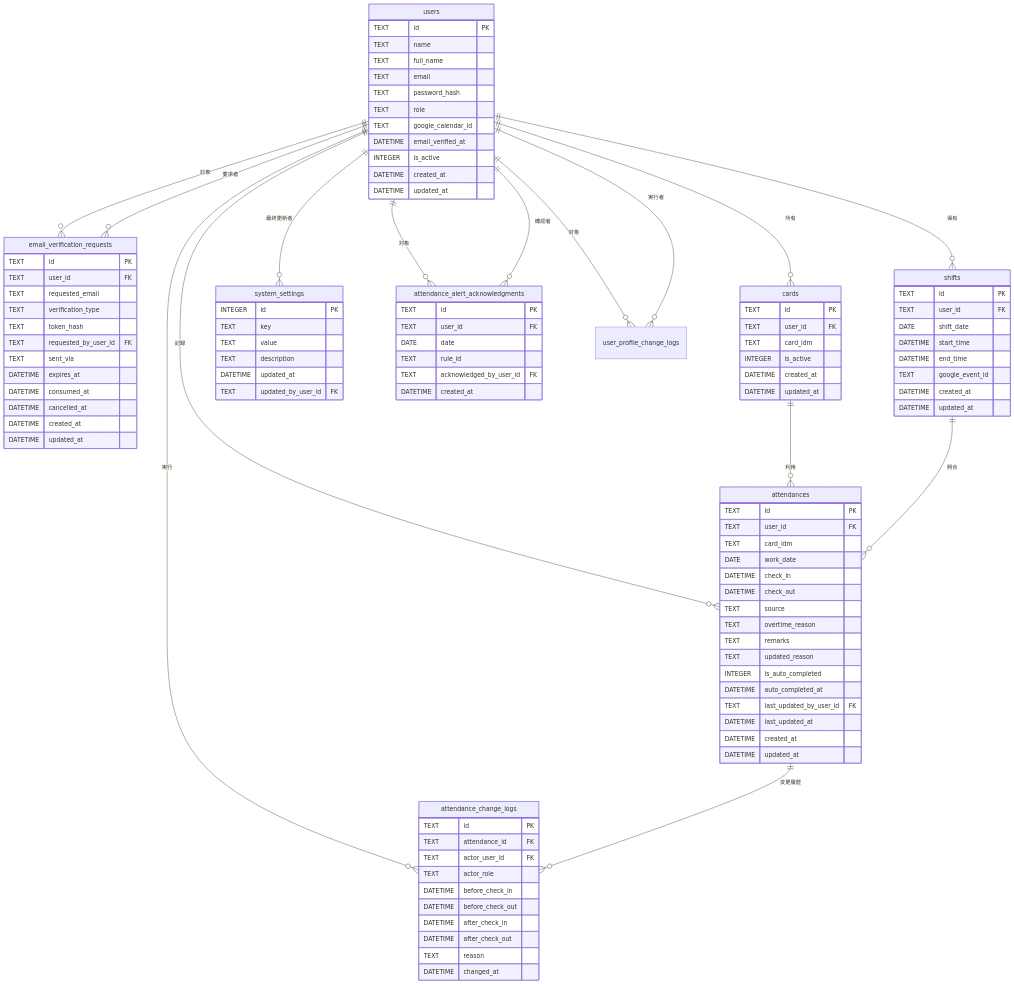
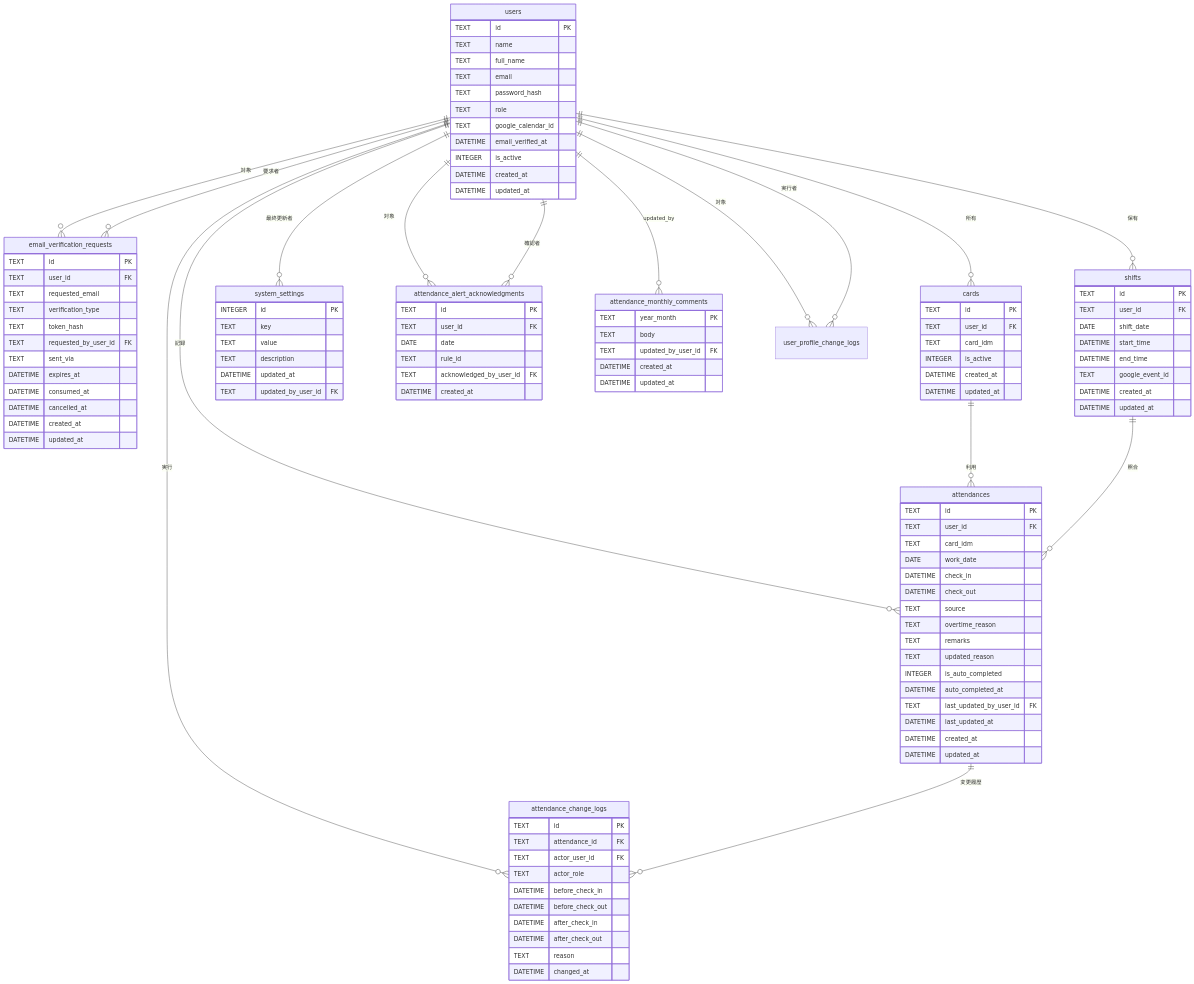
Before and after one commit to tukumanalab/kint: the first of 5 diagrams in docs/database-design.md, drawn with Mermaid. The commit also changed other lines of this file and 23 other files, not shown here.

````diff
--- a/docs/database-design.md
+++ b/docs/database-design.md
@@ -388,6 +410,14 @@
     DATETIME created_at
   }
 
+  attendance_monthly_comments {
+    TEXT year_month PK
+    TEXT body
+    TEXT updated_by_user_id FK
+    DATETIME created_at
+    DATETIME updated_at
+  }
+
   users ||--o{ cards : 所有
   users ||--o{ attendances : 記録
   users ||--o{ attendance_change_logs : 実行
@@ -402,4 +432,5 @@
   shifts ||--o{ attendances : 照合
   users ||--o{ attendance_alert_acknowledgments : 対象
   users ||--o{ attendance_alert_acknowledgments : 確認者
+  users ||--o{ attendance_monthly_comments : "updated_by"
 ```
````
